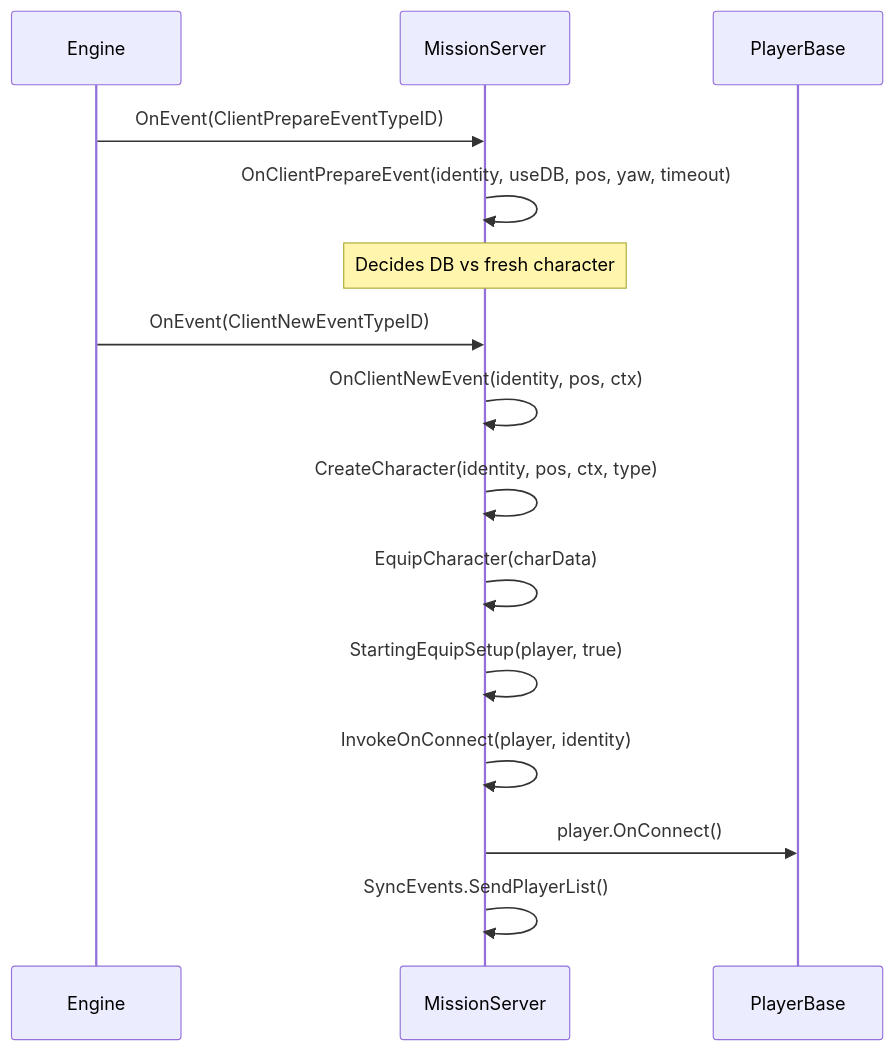
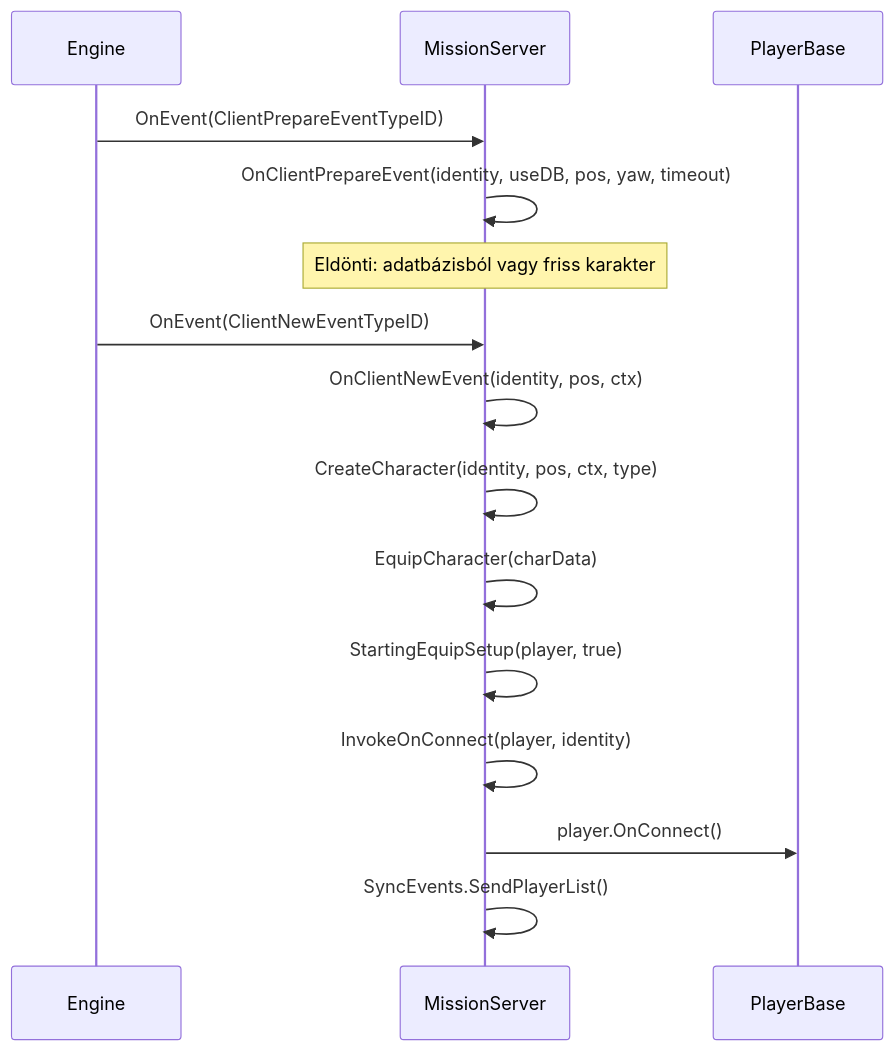
The third of 5 diagrams in hu/06-engine-api/11-mission-hooks.md (StarDZ-Team/DayZ-Modding-Wiki), drawn with Mermaid before and after one commit. The commit also changed other lines of this file and 17 other files, not shown here.

````diff
--- a/hu/06-engine-api/11-mission-hooks.md
+++ b/hu/06-engine-api/11-mission-hooks.md
@@ -218,20 +218,20 @@
 ```mermaid
 sequenceDiagram
     participant Engine
     participant MS as MissionServer
     participant Player as PlayerBase
 
     Engine->>MS: OnEvent(ClientPrepareEventTypeID)
     MS->>MS: OnClientPrepareEvent(identity, useDB, pos, yaw, timeout)
-    Note over MS: Decides DB vs fresh character
+    Note over MS: Eldönti: adatbázisból vagy friss karakter
 
     Engine->>MS: OnEvent(ClientNewEventTypeID)
     MS->>MS: OnClientNewEvent(identity, pos, ctx)
     MS->>MS: CreateCharacter(identity, pos, ctx, type)
     MS->>MS: EquipCharacter(charData)
     MS->>MS: StartingEquipSetup(player, true)
 
     MS->>MS: InvokeOnConnect(player, identity)
     MS->>Player: player.OnConnect()
     MS->>MS: SyncEvents.SendPlayerList()
 ```
````
